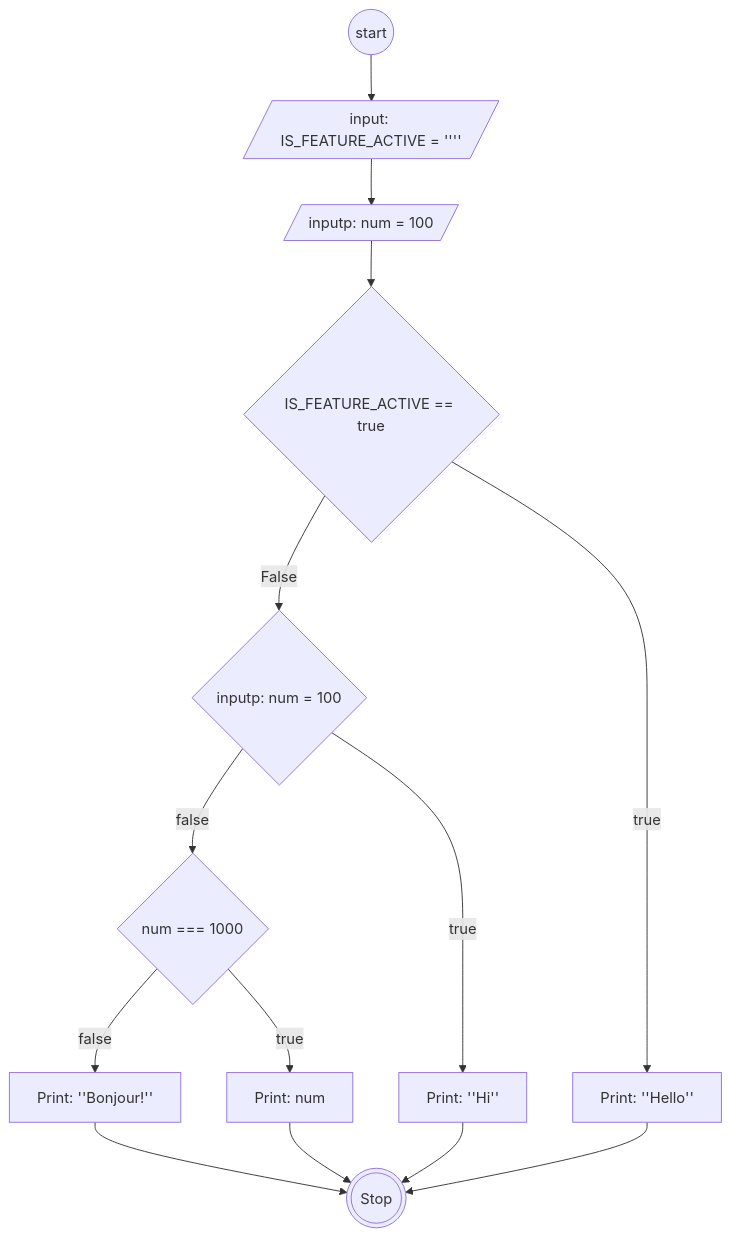
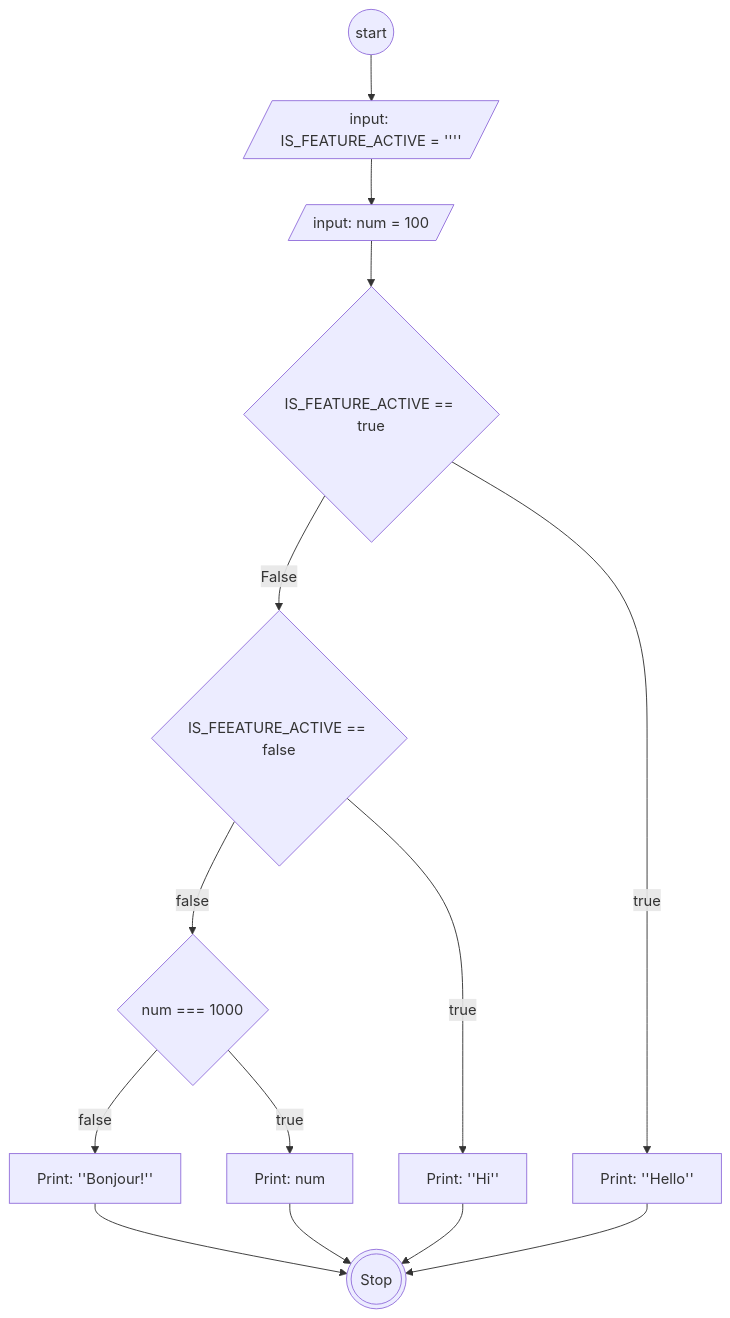
Before and after one commit to AbiPasundan/koda-b6-javascript1: the diagram in flowchart-switch.md, drawn with Mermaid.

````diff
--- a/flowchart-switch.md
+++ b/flowchart-switch.md
@@ -3,25 +3,25 @@
 ```mermaid
     flowchart TB
         Start@{ shape: circ, label: "start"}
         IS_FEATURE_ACTIVE@{ shape: lean-r, label: "input: IS_FEATURE_ACTIVE = ''''"}
-        num@{ shape: lean-r, label: "inputp: num = 100"}
+        num@{ shape: lean-r, label: "input: num = 100"}
 
         CaseTrue@{ shape: diamond, label: "IS_FEATURE_ACTIVE == true"}
         OutputTrue@{ shape: rect, label: "Print: ''Hello''"}
 
-        CaseFalse@{ shape: diamond, label: "inputp: num = 100"}
+        CaseFalse@{ shape: diamond, label: "IS_FEEATURE_ACTIVE == false"}
         OutputFalse@{ shape: rect, label: "Print: ''Hi''"}
 
         Default@{ shape: diamond, label: "num === 1000"}
         DefaultTrue@{ shape: rect, label: "Print: num"}
         DefaultFalse@{ shape: rect, label: "Print: ''Bonjour!''"}
 
         Stop@{ shape: dbl-circ, label: "Stop"}
 
     Start-->IS_FEATURE_ACTIVE-->num-->CaseTrue-->|False|CaseFalse-->|false|Default-->|false|DefaultFalse-->Stop
 
     CaseTrue-->|true|OutputTrue-->Stop
     CaseFalse-->|true|OutputFalse-->Stop
 
     Default-->|true|DefaultTrue-->Stop
 ```
````
